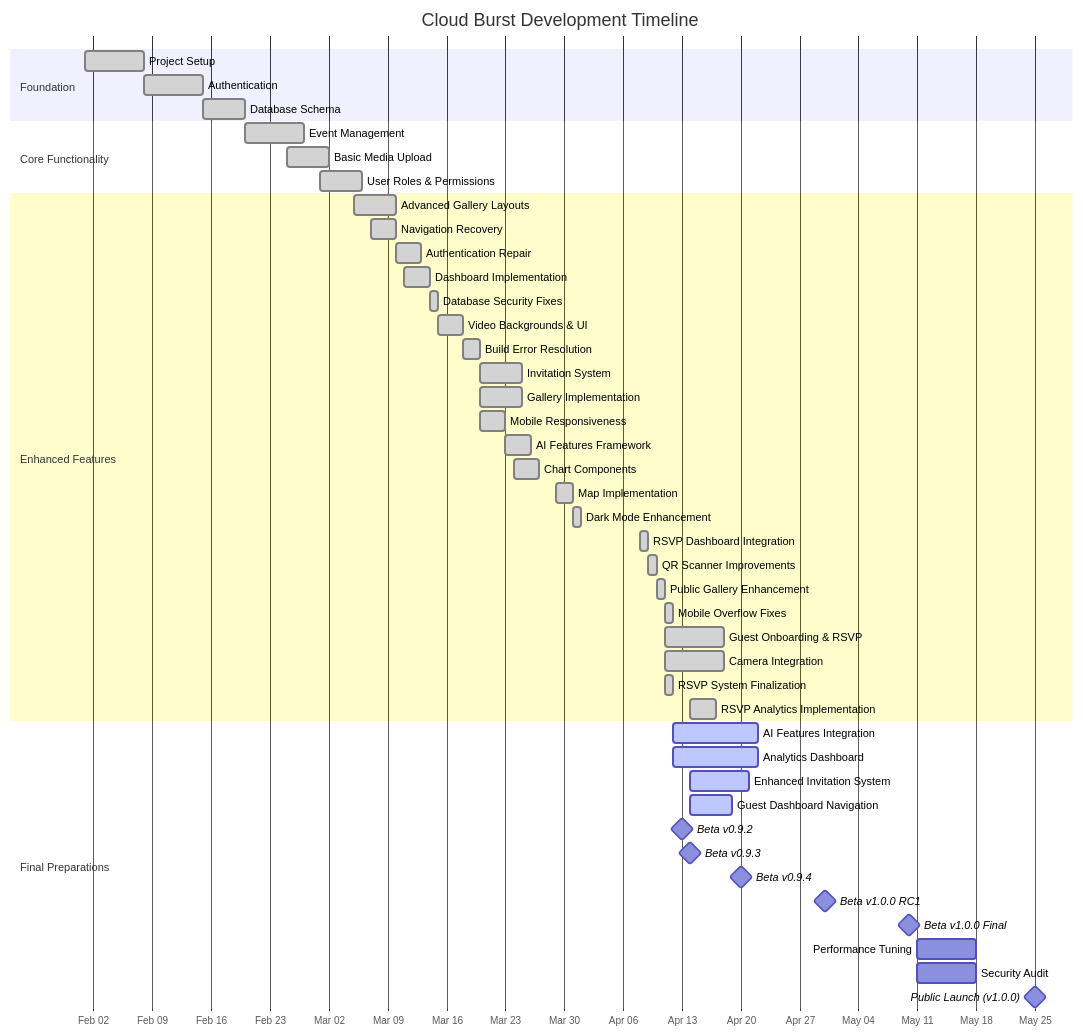
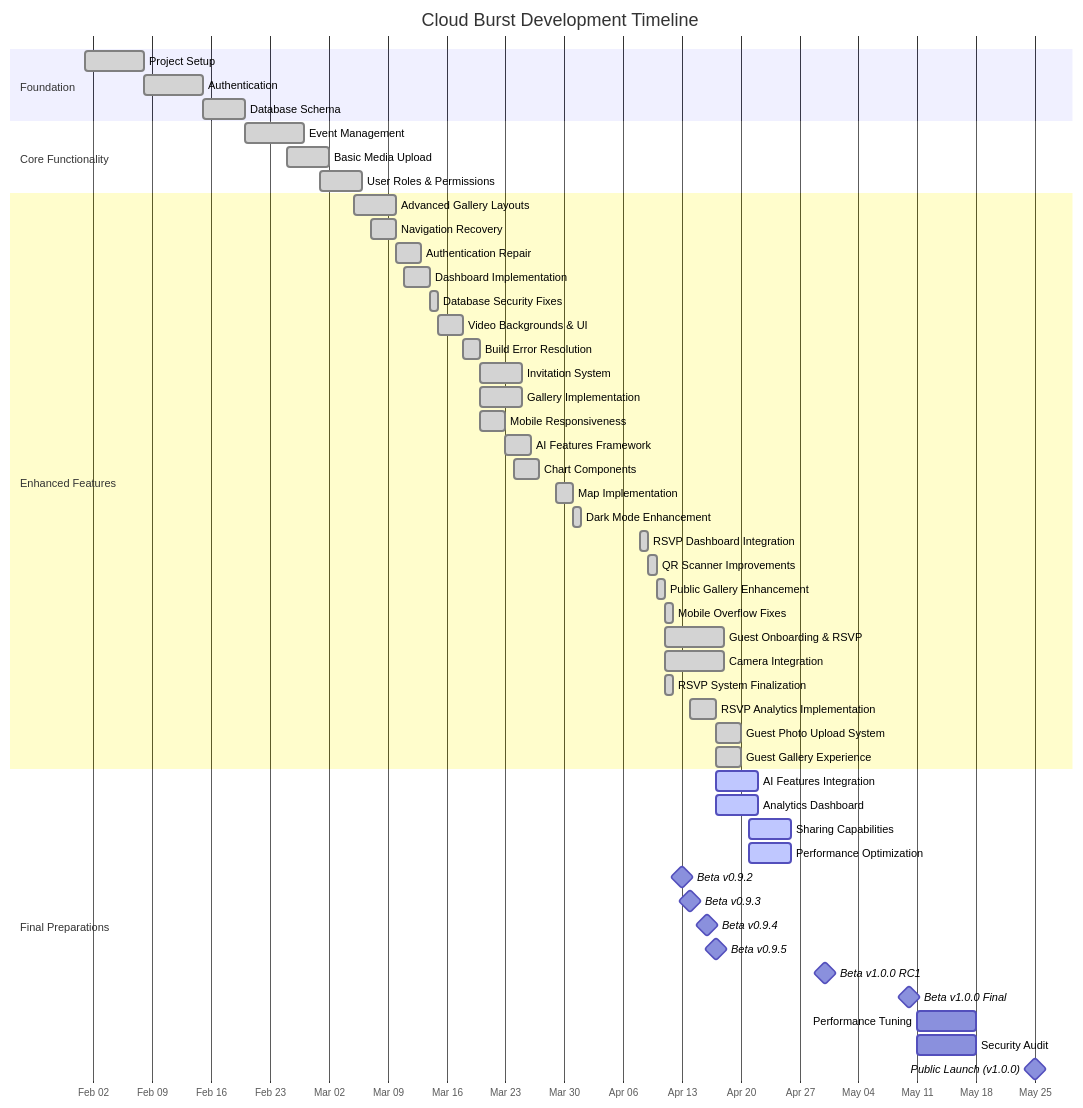
Before and after one commit to mrj0nesmtl/cloud-burst: the first of 2 diagrams in docs/planning/roadmap.md, drawn with Mermaid. The commit also changed other lines of this file and 1 other file, not shown here.

Commit message:
Update STATUS_NOTES and roadmap to reflect Session 42 completion

````diff
--- a/docs/planning/roadmap.md
+++ b/docs/planning/roadmap.md
@@ -200,54 +200,57 @@
 ```mermaid
 gantt
     title Cloud Burst Development Timeline
     dateFormat  YYYY-MM-DD
     axisFormat %b %d
     
     section Foundation
     Project Setup           :done, f1, 2025-02-01, 7d
     Authentication          :done, f2, 2025-02-08, 7d
     Database Schema         :done, f3, 2025-02-15, 5d
     
     section Core Functionality
     Event Management        :done, c1, 2025-02-20, 7d
     Basic Media Upload      :done, c2, 2025-02-25, 5d
     User Roles & Permissions:done, c3, 2025-03-01, 5d
     
     section Enhanced Features
     Advanced Gallery Layouts:done, e1, 2025-03-05, 5d
     Navigation Recovery     :done, e2, 2025-03-07, 3d
     Authentication Repair   :done, e3, 2025-03-10, 3d
     Dashboard Implementation:done, e4, 2025-03-11, 3d
     Database Security Fixes :done, e5, 2025-03-14, 1d
     Video Backgrounds & UI  :done, e6, 2025-03-15, 3d
     Build Error Resolution  :done, e7, 2025-03-18, 2d
     Invitation System       :done, e8, 2025-03-20, 5d
     Gallery Implementation  :done, e9, 2025-03-20, 5d
     Mobile Responsiveness   :done, e10, 2025-03-20, 3d
     AI Features Framework   :done, e11, 2025-03-23, 3d
     Chart Components        :done, e14, 2025-03-24, 3d
     Map Implementation      :done, e15, 2025-03-29, 2d
     Dark Mode Enhancement   :done, e16, 2025-03-31, 1d
     RSVP Dashboard Integration :done, e17, 2025-04-08, 1d
     QR Scanner Improvements :done, e18, 2025-04-09, 1d
     Public Gallery Enhancement :done, e19, 2025-04-10, 1d
     Mobile Overflow Fixes   :done, e20, 2025-04-11, 1d
     Guest Onboarding & RSVP :done, e21, 2025-04-11, 7d
     Camera Integration      :done, e22, 2025-04-11, 7d
     RSVP System Finalization:done, e23, 2025-04-11, 1d
     RSVP Analytics Implementation:done, e24, 2025-04-14, 3d
+    Guest Photo Upload System:done, e25, 2025-04-17, 3d
+    Guest Gallery Experience:done, e26, 2025-04-17, 3d
     
     section Final Preparations
-    AI Features Integration :active, ai1, 2025-04-12, 10d
-    Analytics Dashboard     :active, ad1, 2025-04-12, 10d
-    Enhanced Invitation System :active, is1, 2025-04-14, 7d
-    Guest Dashboard Navigation :active, gd1, 2025-04-14, 5d
+    AI Features Integration :active, ai1, 2025-04-17, 5d
+    Analytics Dashboard     :active, ad1, 2025-04-17, 5d
+    Sharing Capabilities    :active, sc1, 2025-04-21, 5d
+    Performance Optimization:active, po1, 2025-04-21, 5d
     Beta v0.9.2             :milestone, b0, 2025-04-13, 0d
     Beta v0.9.3             :milestone, b0a, 2025-04-14, 0d
-    Beta v0.9.4             :milestone, b0b, 2025-04-20, 0d
+    Beta v0.9.4             :milestone, b0b, 2025-04-16, 0d
+    Beta v0.9.5             :milestone, b0c, 2025-04-17, 0d
     Beta v1.0.0 RC1         :milestone, b1, 2025-04-30, 0d
     Beta v1.0.0 Final       :milestone, b2, 2025-05-10, 0d
     Performance Tuning      :o1, 2025-05-11, 7d
     Security Audit          :o2, 2025-05-11, 7d
     Public Launch (v1.0.0)  :milestone, l3, 2025-05-25, 0d
 ```
````
